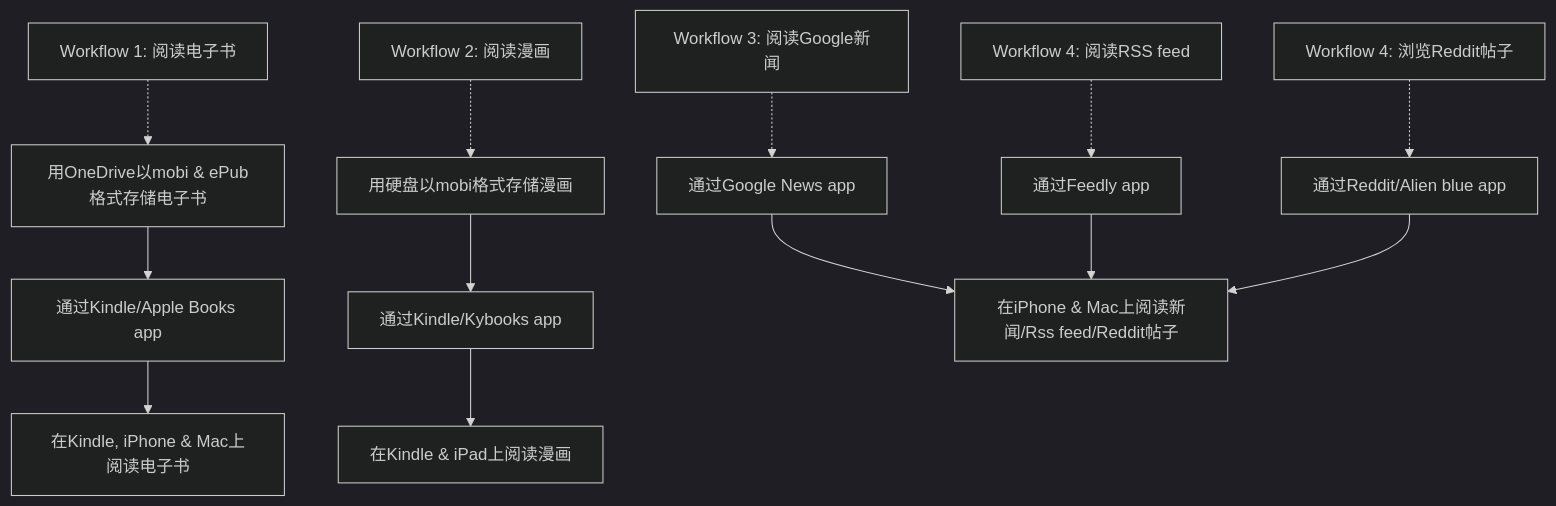
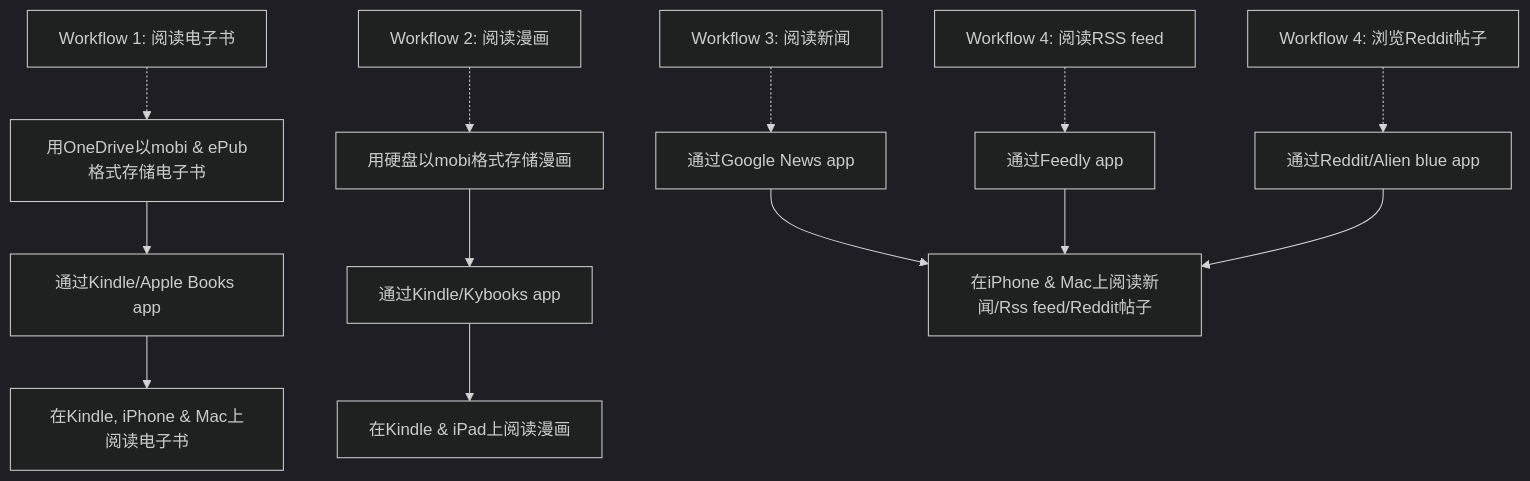
Before and after one commit to goooooouwa/writings: the diagram in _posts/productivity/2021-03-28-reading-setup.md, drawn with Mermaid (dark theme). The commit also changed other lines of this file, not shown here.

```diff
--- a/_posts/productivity/2021-03-28-reading-setup.md
+++ b/_posts/productivity/2021-03-28-reading-setup.md
@@ -7,26 +7,26 @@
 <div class="mermaid">
     graph TD
     T1[Workflow 1: 阅读电子书] -.-> A
 
     A[用OneDrive以mobi & ePub格式存储电子书]
     A --> F[通过Kindle/Apple Books app]
     F --> C[在Kindle, iPhone & Mac上阅读电子书]
 
     T2[Workflow 2: 阅读漫画] -.-> B
 
     B[用硬盘以mobi格式存储漫画]
     B --> E[通过Kindle/Kybooks app]
     E --> I[在Kindle & iPad上阅读漫画]
 
-    T3[Workflow 3: 阅读Google新闻] -.-> G
+    T3[Workflow 3: 阅读新闻] -.-> G
     G[通过Google News app]
     G --> H[在iPhone & Mac上阅读新闻/Rss feed/Reddit帖子]
 
     T4[Workflow 4: 阅读RSS feed] -.-> J
     J[通过Feedly app]
     J --> H
 
     T5[Workflow 4: 浏览Reddit帖子] -.-> L
     L[通过Reddit/Alien blue app]
     L --> H
 </div>
```
